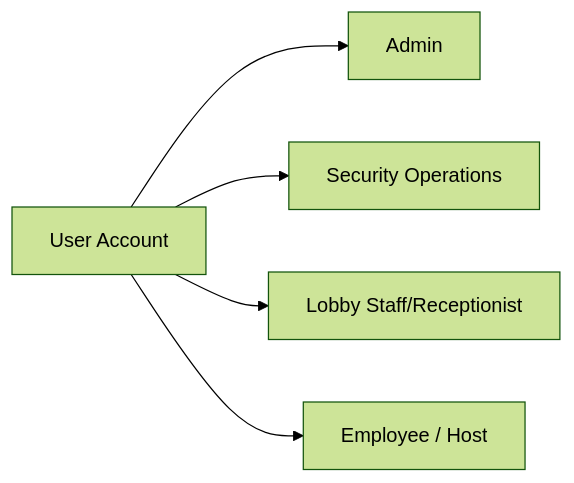
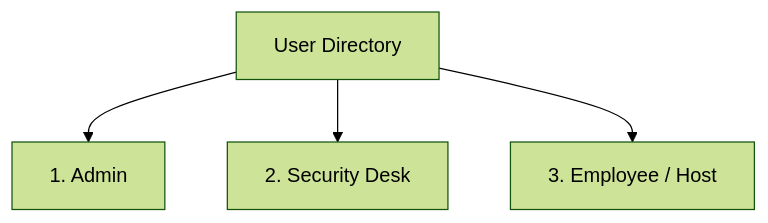
One commit to Loomishotel/VMS_1.0 changed the first of 4 diagrams in VMS_PRD.md. Above: the diagram before and after it, drawn with Mermaid (forest theme). The commit also changed other lines of this file and 2 other files, not shown here.

Commit message:
feat: enforce validation for name, email, and phone fields in employee and visitor registration forms

````diff
--- a/VMS_PRD.md
+++ b/VMS_PRD.md
@@ -76,7 +34,6 @@
 ```mermaid
-graph LR
-    U[User Account] --> A[Admin]
-    U --> S[Security Operations]
-    U --> R[Lobby Staff/Receptionist]
-    U --> E[Employee / Host]
+graph TD
+    User[User Directory] --> Admin[1. Admin]
+    User --> Security[2. Security Desk]
+    User --> Employee[3. Employee / Host]
 ```
````
